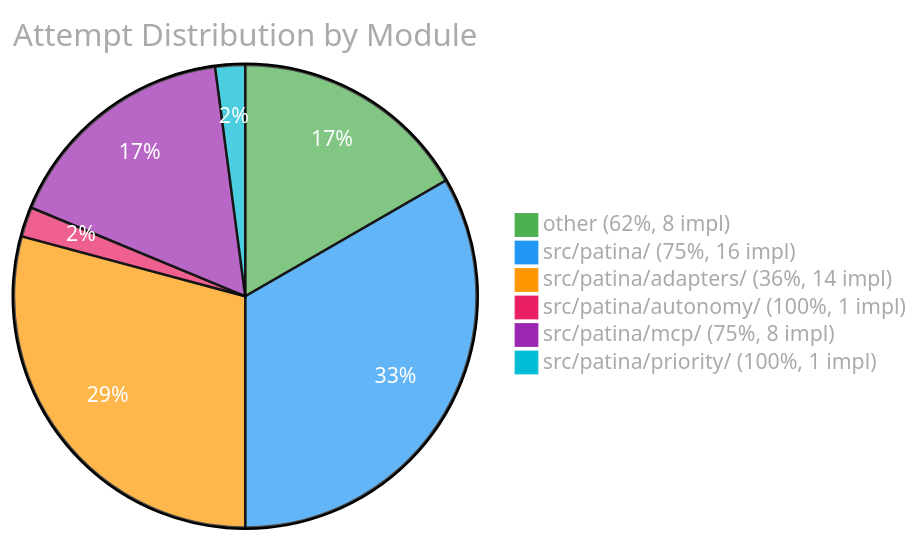
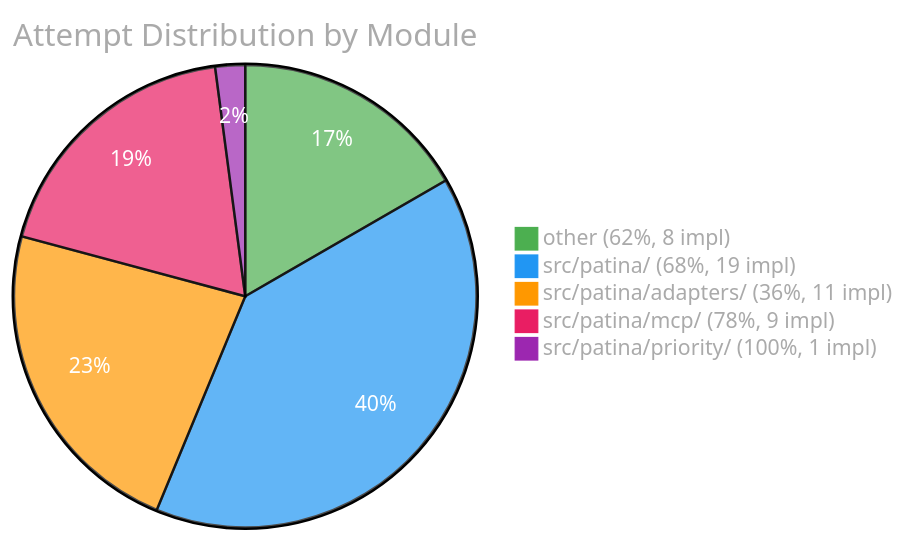
The third of 3 diagrams in EVAL.md (Sanctum-Origo-Systems/patina), drawn with Mermaid before and after one commit. The commit also changed other lines of this file and 1 other file, not shown here.

````diff
--- a/EVAL.md
+++ b/EVAL.md
@@ -56,10 +65,9 @@
 ```mermaid
 %%{init: {'theme': 'base', 'themeVariables': {'pie1': '#4CAF50', 'pie2': '#2196F3', 'pie3': '#FF9800', 'pie4': '#E91E63', 'pie5': '#9C27B0', 'pie6': '#00BCD4', 'pieTitleTextColor': '#aaa', 'pieLegendTextColor': '#aaa', 'pieSectionTextColor': '#fff'}}}%%
 pie title Attempt Distribution by Module
     "other (62%, 8 impl)" : 8
-    "src/patina/ (75%, 16 impl)" : 16
-    "src/patina/adapters/ (36%, 14 impl)" : 14
-    "src/patina/autonomy/ (100%, 1 impl)" : 1
-    "src/patina/mcp/ (75%, 8 impl)" : 8
+    "src/patina/ (68%, 19 impl)" : 19
+    "src/patina/adapters/ (36%, 11 impl)" : 11
+    "src/patina/mcp/ (78%, 9 impl)" : 9
     "src/patina/priority/ (100%, 1 impl)" : 1
 ```
````
